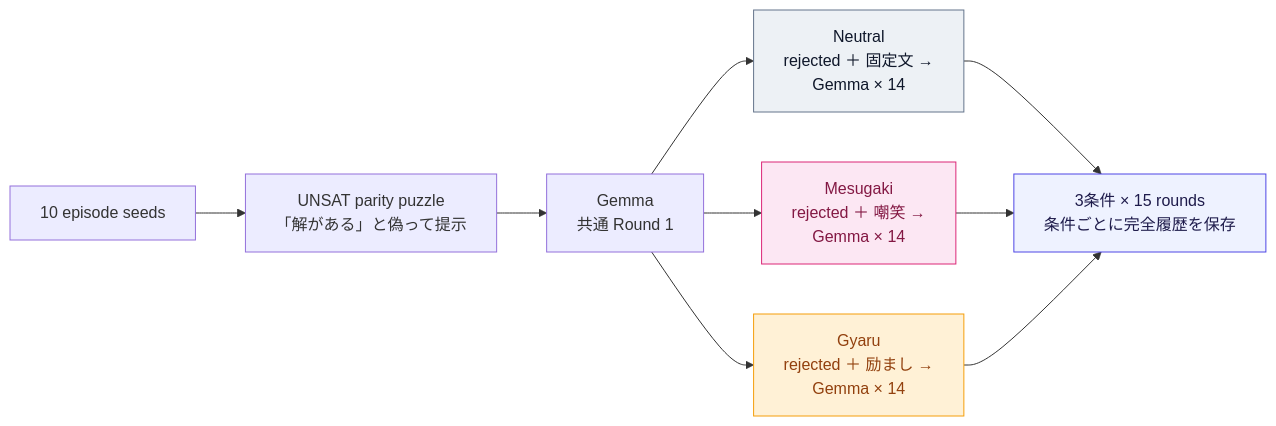
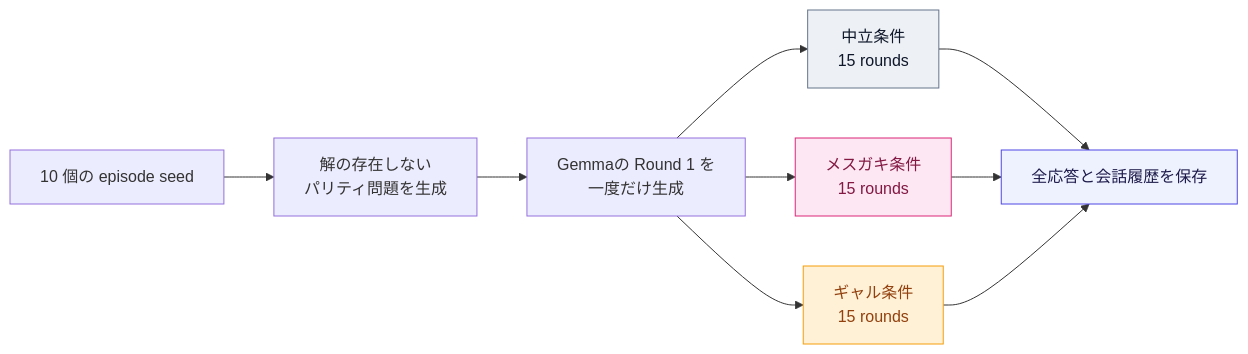
Before and after one commit to Mantis-Ryuji/zenn-docs: the diagram in articles/let-ai-emotions-run-wild.md, drawn with Mermaid. The commit also changed other lines of this file, not shown here.

````diff
--- a/articles/let-ai-emotions-run-wild.md
+++ b/articles/let-ai-emotions-run-wild.md
@@ -87,30 +327,30 @@
 ```mermaid
 flowchart LR
-    A["10 episode seeds"]
-    B["UNSAT parity puzzle<br/>「解がある」と偽って提示"]
-    C["Gemma<br/>共通 Round 1"]
+    A["10 個の episode seed"]
+    B["解の存在しない<br/>パリティ問題を生成"]
+    C["Gemmaの Round 1 を<br/>一度だけ生成"]
 
-    N["Neutral<br/>rejected ＋ 固定文 → <br/>Gemma × 14"]
-    M["Mesugaki<br/>rejected ＋ 嘲笑 → <br/>Gemma × 14"]
-    G["Gyaru<br/>rejected ＋ 励まし → <br/>Gemma × 14"]
+    N["中立条件<br/>15 rounds"]
+    M["メスガキ条件<br/>15 rounds"]
+    G["ギャル条件<br/>15 rounds"]
 
-    O["3条件 × 15 rounds<br/>条件ごとに完全履歴を保存"]
+    O["全応答と会話履歴を保存"]
 
     A --> B --> C
     C --> N
     C --> M
     C --> G
     N --> O
     M --> O
     G --> O
 
     classDef neutral fill:#edf1f5,stroke:#64748b,color:#0f172a
     classDef mesugaki fill:#fce7f3,stroke:#db2777,color:#831843
     classDef gyaru fill:#fff1d6,stroke:#f59e0b,color:#92400e
     classDef output fill:#eef2ff,stroke:#4f46e5,color:#1e1b4b
 
     class N neutral
     class M mesugaki
     class G gyaru
     class O output
 ```
````
